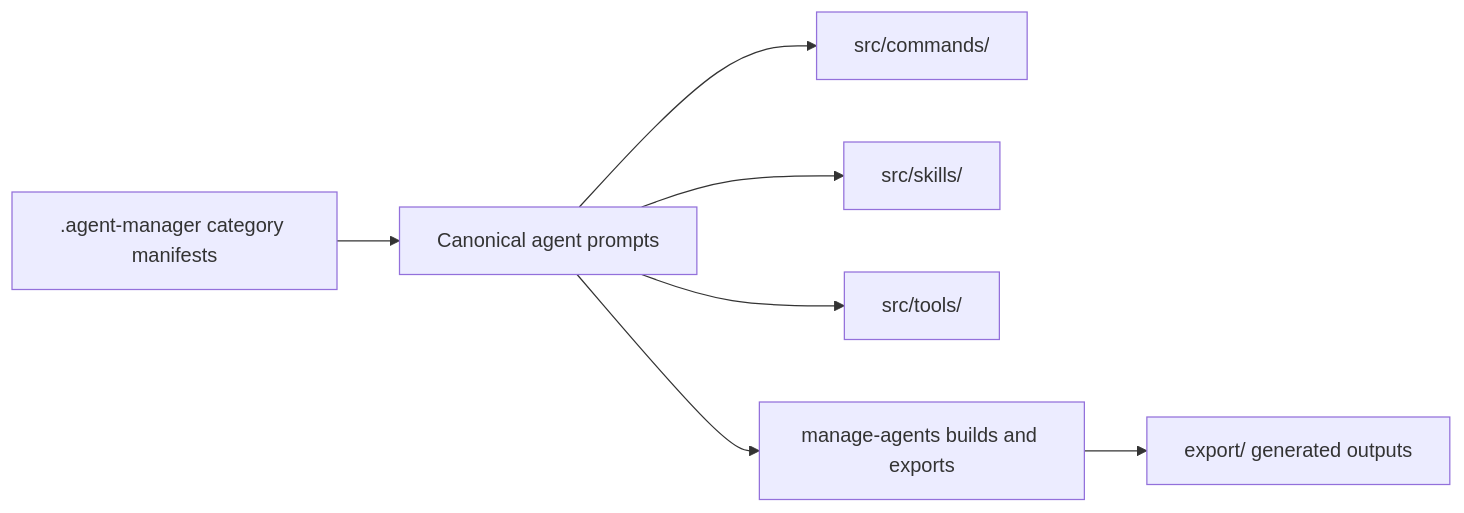
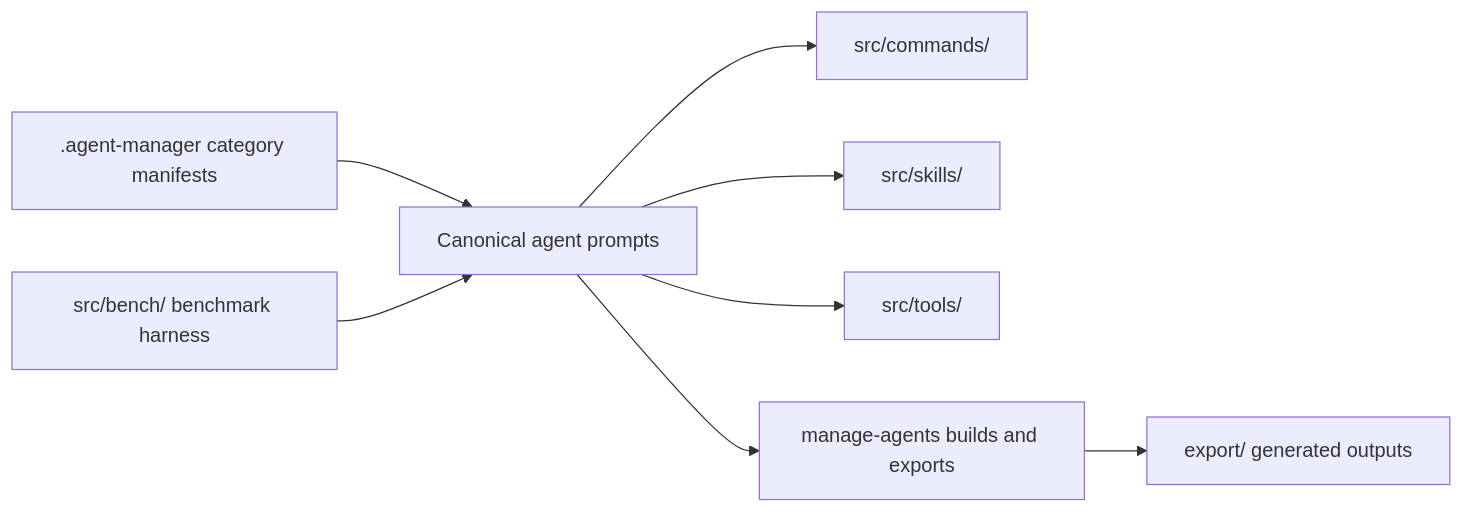
One commit to lorecanc/agents changed the diagram in wiki/modules/agent-catalog.md. Above: the diagram before and after it, drawn with Mermaid. The commit also changed other lines of this file and 33 other files, not shown here.

````diff
--- a/wiki/modules/agent-catalog.md
+++ b/wiki/modules/agent-catalog.md
@@ -48,9 +110,10 @@
 ```mermaid
 graph LR
     Catalog["Canonical agent prompts"] --> Commands["src/commands/"]
     Catalog --> Skills["src/skills/"]
     Catalog --> Tools["src/tools/"]
     Config[".agent-manager category manifests"] --> Catalog
     Catalog --> Manager["manage-agents builds and exports"]
     Manager --> Distributions["export/ generated outputs"]
+    Bench["src/bench/ benchmark harness"] --> Catalog
 ```
````
